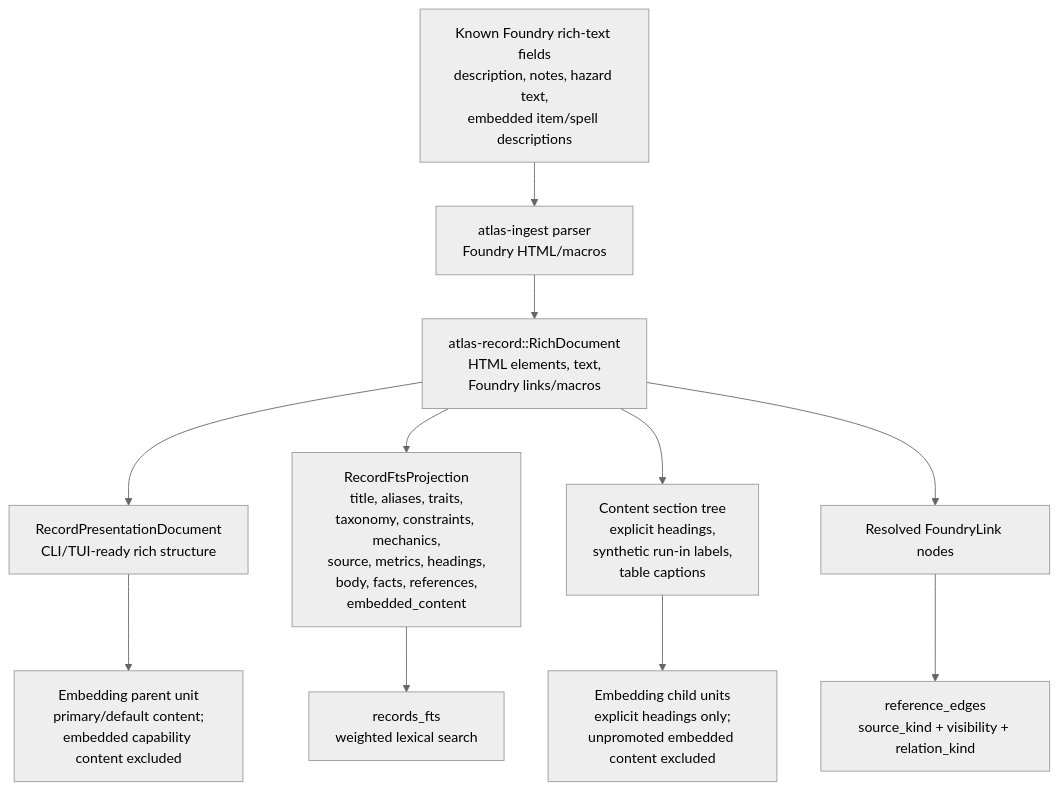
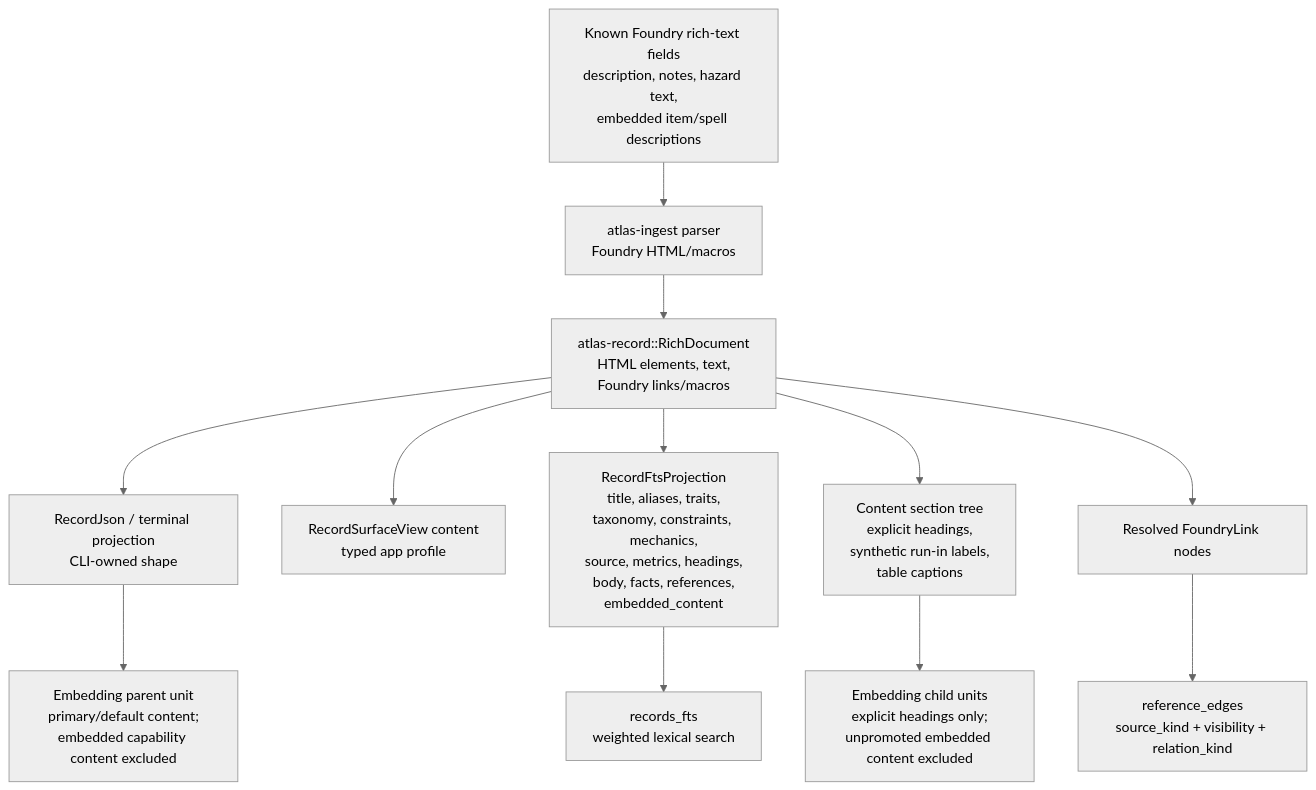
One commit to e-kosten/pf2e-atlas changed the third of 4 diagrams in docs/architecture/runtime.md. Above: the diagram before and after it, drawn with Mermaid (neutral theme). The commit also changed other lines of this file and 73 other files, not shown here.

Commit message:
feat(app): add typed record surfaces

````diff
--- a/docs/architecture/runtime.md
+++ b/docs/architecture/runtime.md
@@ -158,15 +160,16 @@
 ```mermaid
 flowchart TD
     markup["Known Foundry rich-text fields<br/>description, notes, hazard text,<br/>embedded item/spell descriptions"] --> parser["atlas-ingest parser<br/>Foundry HTML/macros"]
     parser --> doc["atlas-record::RichDocument<br/>HTML elements, text,<br/>Foundry links/macros"]
 
-    doc --> presentation["RecordPresentationDocument<br/>CLI/TUI-ready rich structure"]
+    doc --> presentation["RecordJson / terminal projection<br/>CLI-owned shape"]
+    doc --> appSurface["RecordSurfaceView content<br/>typed app profile"]
     doc --> fts["RecordFtsProjection<br/>title, aliases, traits,<br/>taxonomy, constraints, mechanics,<br/>source, metrics, headings,<br/>body, facts, references,<br/>embedded_content"]
     doc --> tree["Content section tree<br/>explicit headings,<br/>synthetic run-in labels,<br/>table captions"]
     doc --> refs["Resolved FoundryLink nodes"]
 
     presentation --> parentEmbedding["Embedding parent unit<br/>primary/default content;<br/>embedded capability content excluded"]
     tree --> childEmbedding["Embedding child units<br/>explicit headings only;<br/>unpromoted embedded content excluded"]
     refs --> edges["reference_edges<br/>source_kind + visibility + relation_kind"]
     fts --> recordsFts["records_fts<br/>weighted lexical search"]
 ```
````
